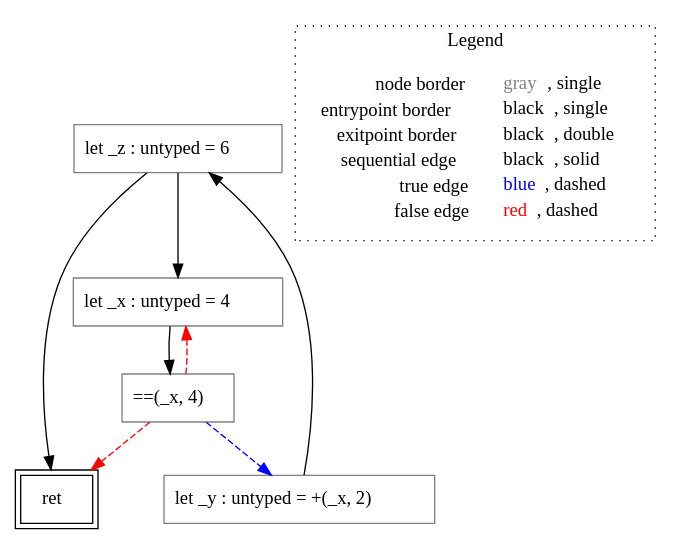
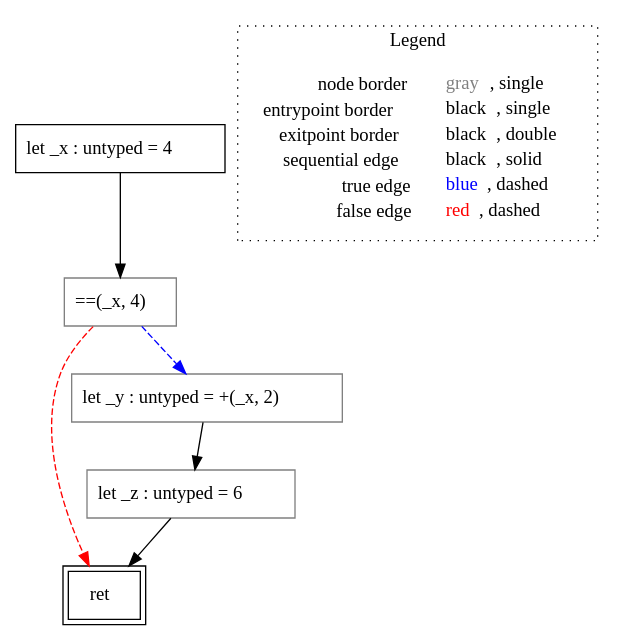
One commit to VincenzoArceri/rust-lisa changed the diagram in rust-lisa/rust-testcases/cfg/return-void/()_rust-testcases_cfg_return-void_return-void.rs.func4().dot. Above: the diagram before and after it, drawn with Graphviz. The commit also changed 7 other files, not shown here.

```diff
--- a/rust-lisa/rust-testcases/cfg/return-void/()_rust-testcases_cfg_return-void_return-void.rs.func4().dot
+++ b/rust-lisa/rust-testcases/cfg/return-void/()_rust-testcases_cfg_return-void_return-void.rs.func4().dot
@@ -1,21 +1,19 @@
 digraph {
-	"node0" [shape="rect",color="black",peripheries="2",label=<ret>];
-	"node1" [shape="rect",color="gray",label=<let _z : untyped = 6>];
-	"node2" [shape="rect",color="gray",label=<let _x : untyped = 4>];
+	"node0" [shape="rect",color="black",label=<let _x : untyped = 4>];
+	"node1" [shape="rect",color="black",peripheries="2",label=<ret>];
+	"node2" [shape="rect",color="gray",label=<let _z : untyped = 6>];
 	"node3" [shape="rect",color="gray",label=<==(_x, 4)>];
 	"node4" [shape="rect",color="gray",label=<let _y : untyped = +(_x, 2)>];
-	"node1" -> "node0" [color="black"];
-	"node1" -> "node2" [color="black"];
-	"node2" -> "node3" [color="black"];
-	"node3" -> "node0" [color="red",style="dashed"];
-	"node3" -> "node2" [color="red",style="dashed"];
+	"node2" -> "node1" [color="black"];
+	"node0" -> "node3" [color="black"];
+	"node3" -> "node1" [color="red",style="dashed"];
 	"node3" -> "node4" [color="blue",style="dashed"];
-	"node4" -> "node1" [color="black"];
+	"node4" -> "node2" [color="black"];
 subgraph cluster_legend {
 	label="Legend";
 	style=dotted;
 	node [shape=plaintext];
 	"legend" [label=<<table border="0" cellpadding="2" cellspacing="0" cellborder="0"><tr><td align="right">node border&nbsp;</td><td align="left"><font color="gray">gray</font>, single</td></tr><tr><td align="right">entrypoint border&nbsp;</td><td align="left"><font color="black">black</font>, single</td></tr><tr><td align="right">exitpoint border&nbsp;</td><td align="left"><font color="black">black</font>, double</td></tr><tr><td align="right">sequential edge&nbsp;</td><td align="left"><font color="black">black</font>, solid</td></tr><tr><td align="right">true edge&nbsp;</td><td align="left"><font color="blue">blue</font>, dashed</td></tr><tr><td align="right">false edge&nbsp;</td><td align="left"><font color="red">red</font>, dashed</td></tr></table>>];
 }
 
 }
```
